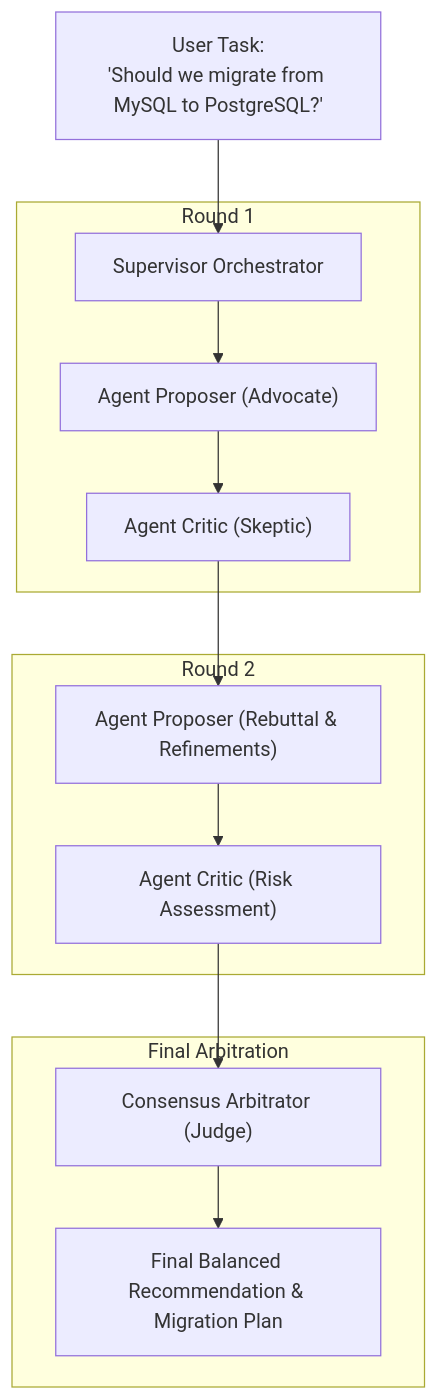
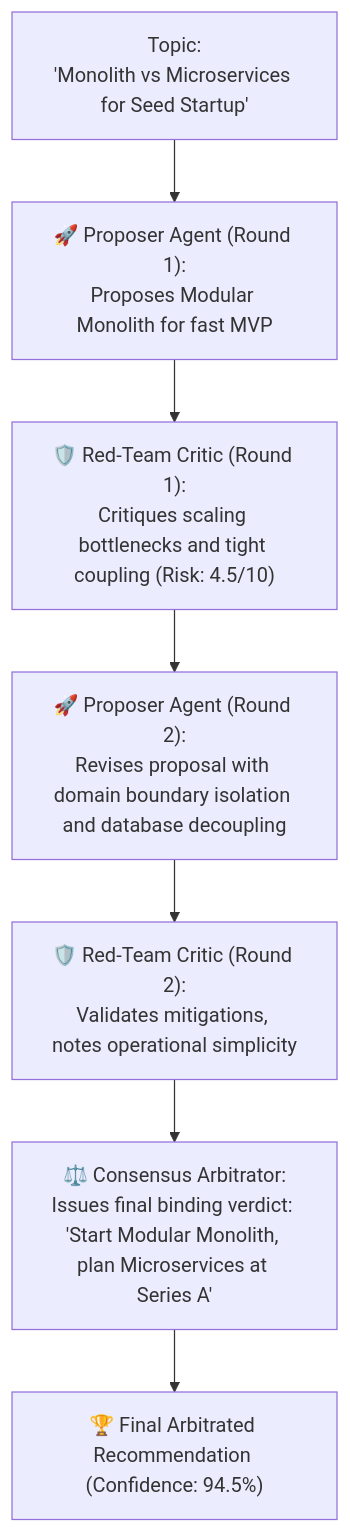
The second of 2 diagrams in docs/09_multi_agent_orchestrator.md (vdonthireddy/agentic-ai), drawn with Mermaid before and after one commit. The commit also changed other lines of this file, not shown here.

Commit message:
docs: add comprehensive real-world examples for both Hierarchical Task Decomposition and Multi-Agent Debate to 09_multi_agent_orchestrator.md

````diff
--- a/docs/09_multi_agent_orchestrator.md
+++ b/docs/09_multi_agent_orchestrator.md
@@ -34,19 +78,11 @@
 ```mermaid
 flowchart TD
-    User["User Task:\n'Should we migrate from MySQL to PostgreSQL?'"] --> Sup["Supervisor Orchestrator"]
+    Topic["Topic:\n'Monolith vs Microservices for Seed Startup'"] --> P1["🚀 Proposer Agent (Round 1):\nProposes Modular Monolith for fast MVP"]
+    P1 --> C1["🛡️ Red-Team Critic (Round 1):\nCritiques scaling bottlenecks and tight coupling (Risk: 4.5/10)"]
     
-    subgraph Round 1
-        Sup --> P1["Agent Proposer (Advocate)"]
-        P1 --> C1["Agent Critic (Skeptic)"]
-    end
+    C1 --> P2["🚀 Proposer Agent (Round 2):\nRevises proposal with domain boundary isolation and database decoupling"]
+    P2 --> C2["🛡️ Red-Team Critic (Round 2):\nValidates mitigations, notes operational simplicity"]
     
-    subgraph Round 2
-        C1 --> P2["Agent Proposer (Rebuttal & Refinements)"]
-        P2 --> C2["Agent Critic (Risk Assessment)"]
-    end
-    
-    subgraph Final Arbitration
-        C2 --> Arb["Consensus Arbitrator (Judge)"]
-        Arb --> Output["Final Balanced Recommendation & Migration Plan"]
-    end
+    C2 --> Arb["⚖️ Consensus Arbitrator:\nIssues final binding verdict: 'Start Modular Monolith, plan Microservices at Series A'"]
+    Arb --> Verdict["🏆 Final Arbitrated Recommendation (Confidence: 94.5%)"]
 ```
````
